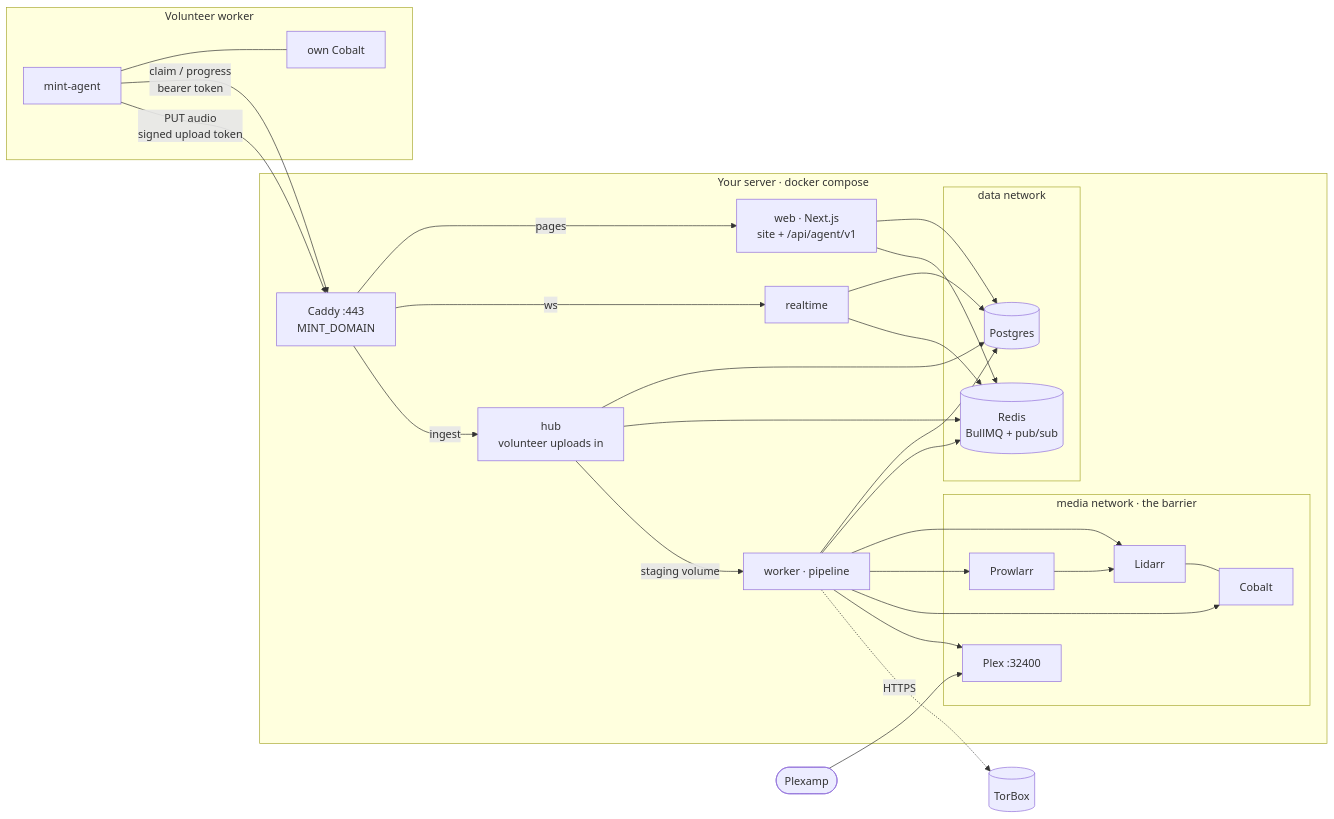
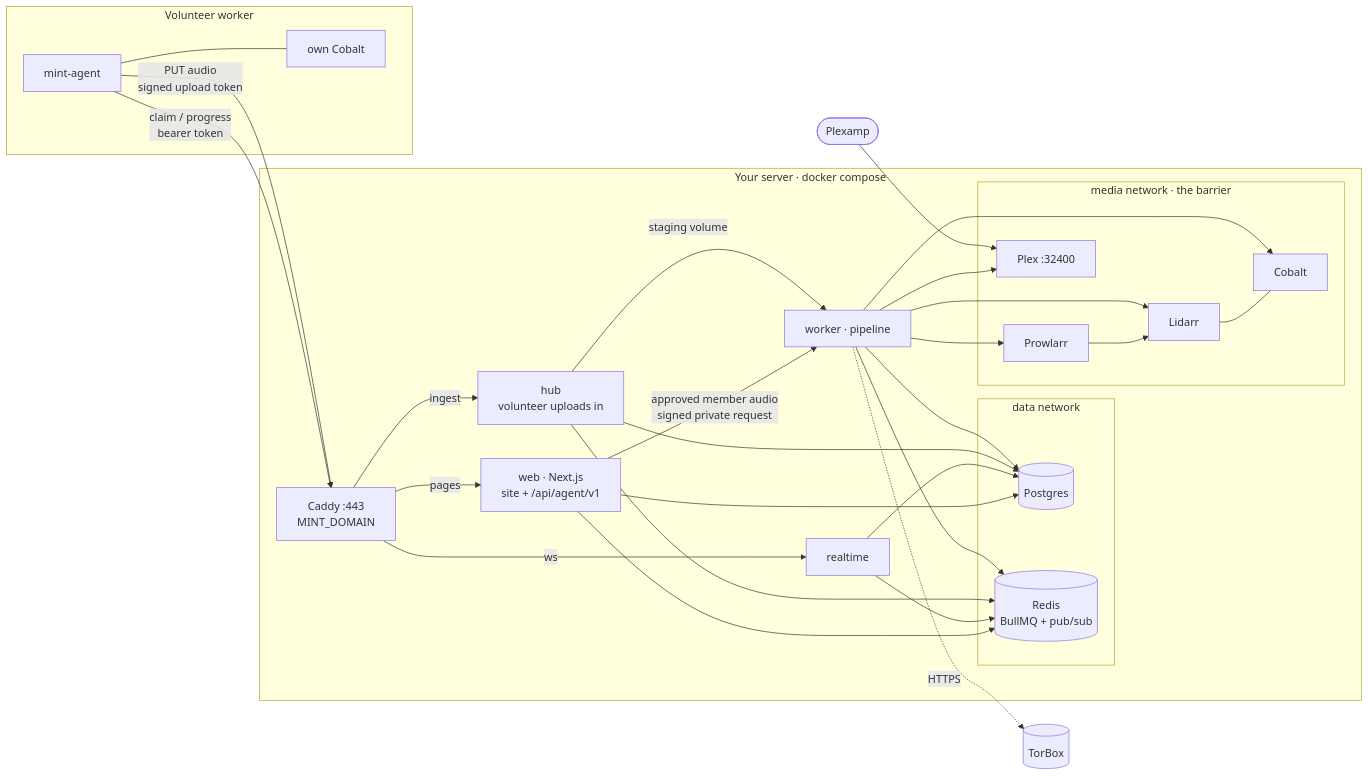
Before and after one commit to ChickenBone/mint: the first of 3 diagrams in README.md, drawn with Mermaid. The commit also changed other lines of this file and 31 other files, not shown here.

First line of the commit message:
feat: add approved-member Plexamp browser playback MVP

````diff
--- a/README.md
+++ b/README.md
@@ -149,29 +166,30 @@
 ```mermaid
 flowchart LR
   subgraph home[Your server · docker compose]
     caddy[Caddy :443<br/>MINT_DOMAIN]
     caddy -- pages --> web[web · Next.js<br/>site + /api/agent/v1]
     caddy -- ws --> rt[realtime]
     caddy -- ingest --> hub[hub<br/>volunteer uploads in]
     subgraph data[data network]
       pg[(Postgres)]
       redis[(Redis<br/>BullMQ + pub/sub)]
     end
     web & rt & hub --> pg & redis
     worker[worker · pipeline] --> pg & redis
+    web -- approved member audio<br/>signed private request --> worker
     subgraph media[media network · the barrier]
       lidarr[Lidarr] --- cobalt[Cobalt]
       prowlarr[Prowlarr] --> lidarr
       plex[Plex :32400]
     end
     worker --> lidarr & prowlarr & cobalt & plex
     hub -- staging volume --> worker
   end
   subgraph vol[Volunteer worker]
     agent[mint-agent] --- vc[own Cobalt]
   end
   agent -- claim / progress<br/>bearer token --> caddy
   agent -- PUT audio<br/>signed upload token --> caddy
   worker -. HTTPS .-> torbox[(TorBox)]
   plexamp([Plexamp]) --> plex
 ```
````
